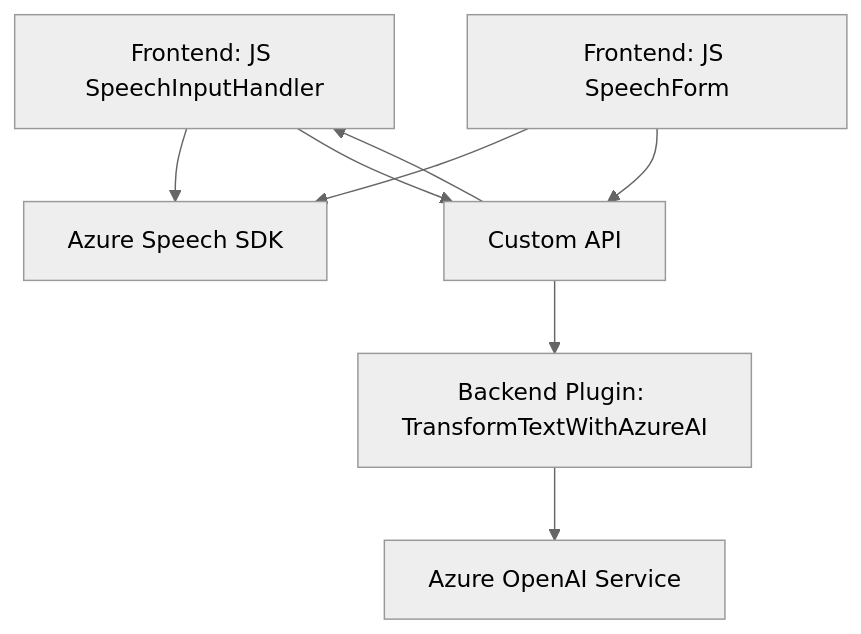
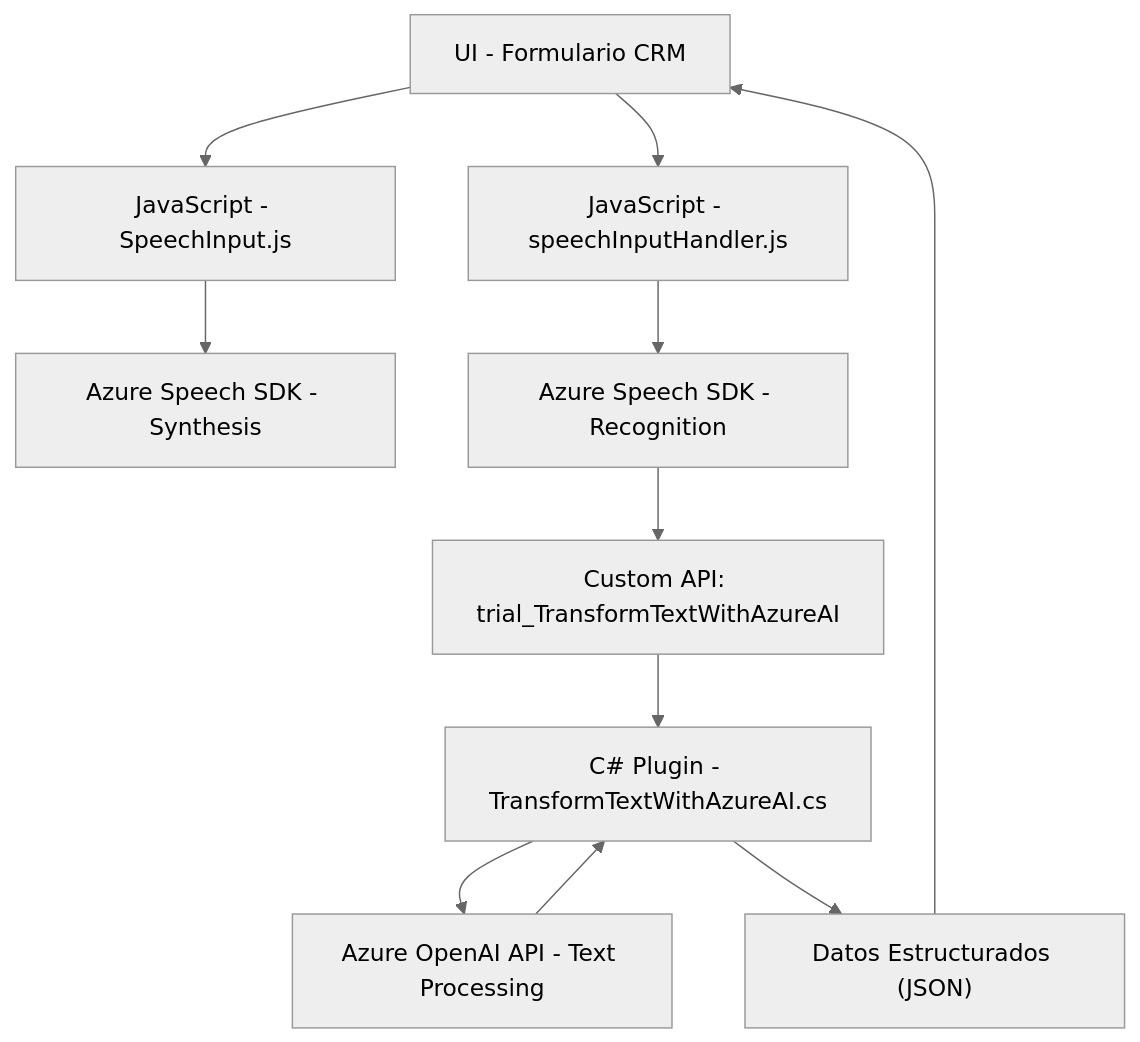
Before and after one commit to blopezdm/NETCORE_BILBAO2025: the diagram in README.md, drawn with Mermaid (neutral theme). The commit also changed other lines of this file, not shown here.

````diff
--- a/README.md
+++ b/README.md
@@ -49,17 +61,13 @@
 ```mermaid
 graph TD
-    A["Frontend: JS SpeechInputHandler"]
-    B["Frontend: JS SpeechForm"]
-    C["Backend Plugin: TransformTextWithAzureAI"]
-    D["Azure Speech SDK"]
-    E["Azure OpenAI Service"]
-    F["Dynamics 365 CRM APIs"]
-
-    A --> D
-    A --> F["Custom API"]
-    B --> D
-    B --> F
-    F --> A
-    F --> C
-    C --> E
+    A["UI - Formulario CRM"] --> B["JavaScript - SpeechInput.js"]
+    A --> C["JavaScript - speechInputHandler.js"]
+    B --> D["Azure Speech SDK - Synthesis"]
+    C --> E["Azure Speech SDK - Recognition"]
+    E --> F["Custom API: trial_TransformTextWithAzureAI"]
+    F --> G["C# Plugin - TransformTextWithAzureAI.cs"]
+    G --> H["Azure OpenAI API - Text Processing"]
+    H --> G
+    G --> I["Datos Estructurados (JSON)"]
+    I --> A
 ```
````
